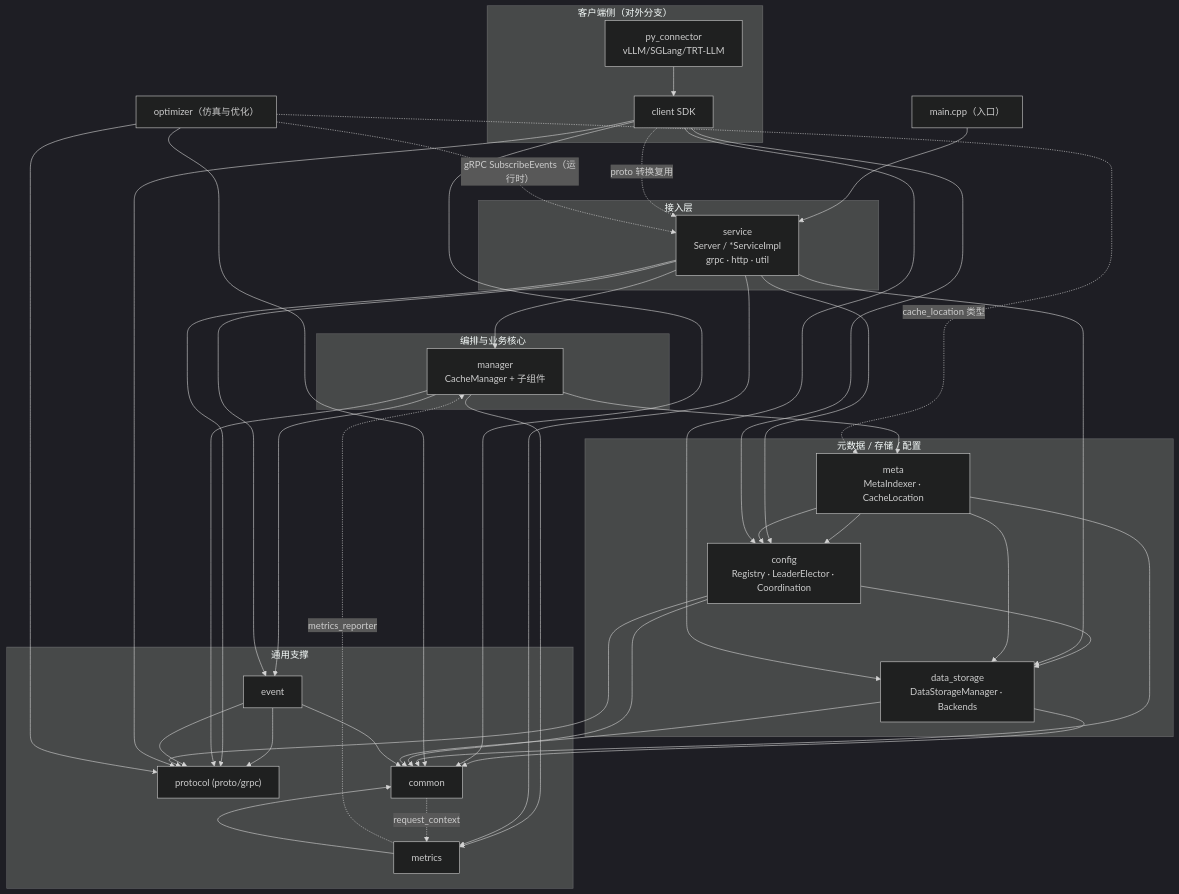
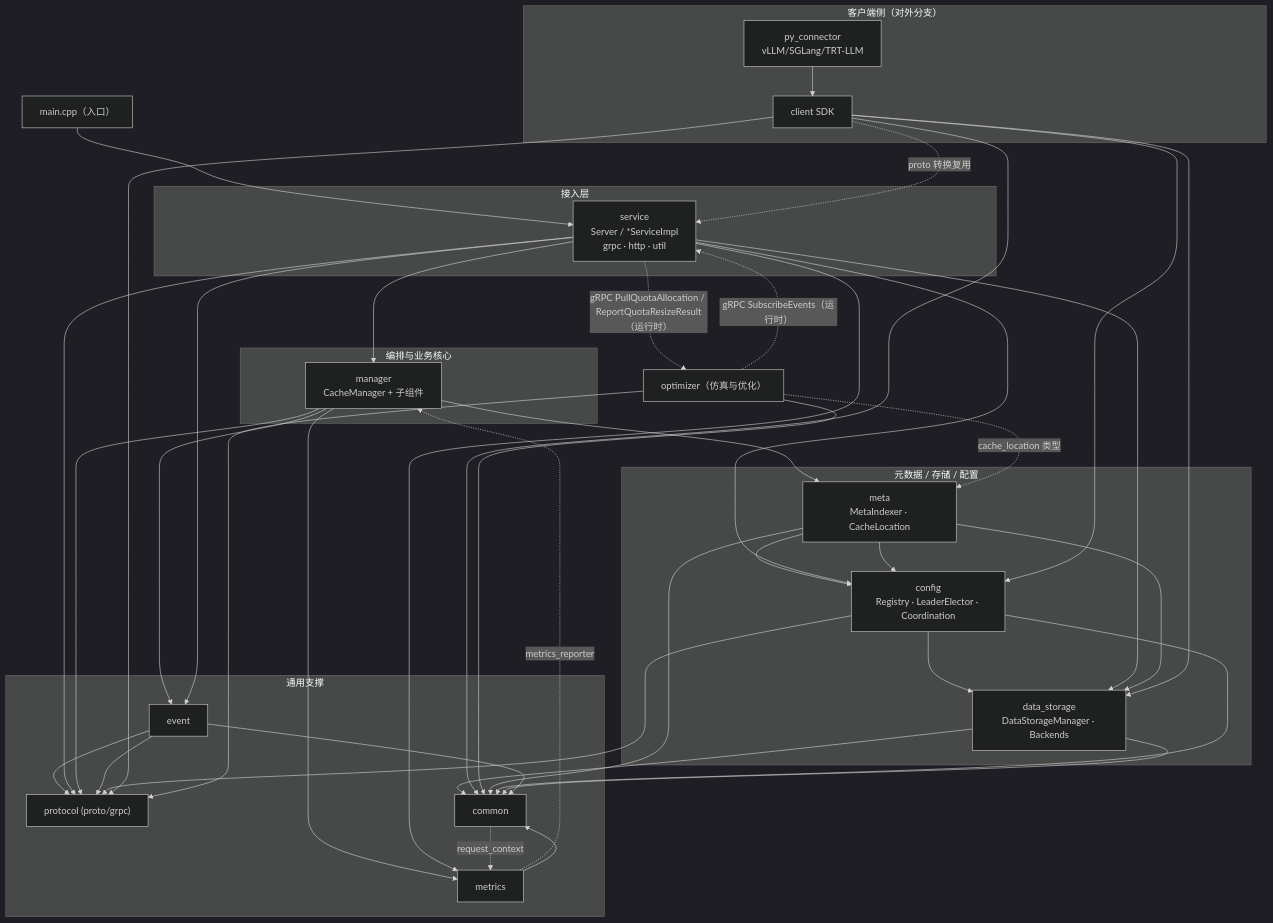
The first of 3 diagrams in docs/design/module_architecture.md (alibaba/tair-kvcache), drawn with Mermaid (dark theme) before and after one commit. The commit also changed other lines of this file and 34 other files, not shown here.

Commit message:
[optimizer] add KVBrain multi-KVCM quota resize

````diff
--- a/docs/design/module_architecture.md
+++ b/docs/design/module_architecture.md
@@ -104,75 +104,76 @@
 ```mermaid
 flowchart TD
     main["main.cpp（入口）"]
 
     subgraph access["接入层"]
         service["service<br/>Server / *ServiceImpl<br/>grpc · http · util"]
     end
 
     subgraph core["编排与业务核心"]
         manager["manager<br/>CacheManager + 子组件"]
     end
 
     subgraph dataplane["元数据 / 存储 / 配置"]
         meta["meta<br/>MetaIndexer · CacheLocation"]
         config["config<br/>Registry · LeaderElector · Coordination"]
         data_storage["data_storage<br/>DataStorageManager · Backends"]
     end
 
     subgraph crosscut["通用支撑"]
         metrics["metrics"]
         event["event"]
         protocol["protocol (proto/grpc)"]
         common["common"]
     end
 
     subgraph clientside["客户端侧（对外分支）"]
         client["client SDK"]
         py_connector["py_connector<br/>vLLM/SGLang/TRT-LLM"]
     end
 
     optimizer["optimizer（仿真与优化）"]
 
     %% 核心下降链（控制流）
     main --> service --> manager --> meta --> config --> data_storage --> common
 
     %% 通用支撑依赖
     manager --> event
     event --> protocol
     manager --> metrics
     service --> metrics
     service --> event
     service --> config
     service --> data_storage
     service --> protocol
     manager --> protocol
     event --> protocol
     config --> protocol
     meta --> config
     meta --> data_storage
 
     %% 有意的反向边（近似环，见 3.2）
     common -. request_context .-> metrics
     metrics -. metrics_reporter .-> manager
 
     %% 客户端分支
     py_connector --> client
     client --> config
     client --> data_storage
     client --> protocol
     client --> common
     client -. proto 转换复用 .-> service
 
     %% optimizer 的关联
     optimizer -. cache_location 类型 .-> meta
     optimizer --> common
     optimizer --> protocol
     optimizer -. gRPC SubscribeEvents（运行时） .-> service
+    service -. gRPC PullQuotaAllocation / ReportQuotaResizeResult（运行时） .-> optimizer
 
     %% 底层通用模块被广泛依赖
     meta --> common
     config --> common
     data_storage --> common
     metrics --> common
     event --> common
 ```
````
